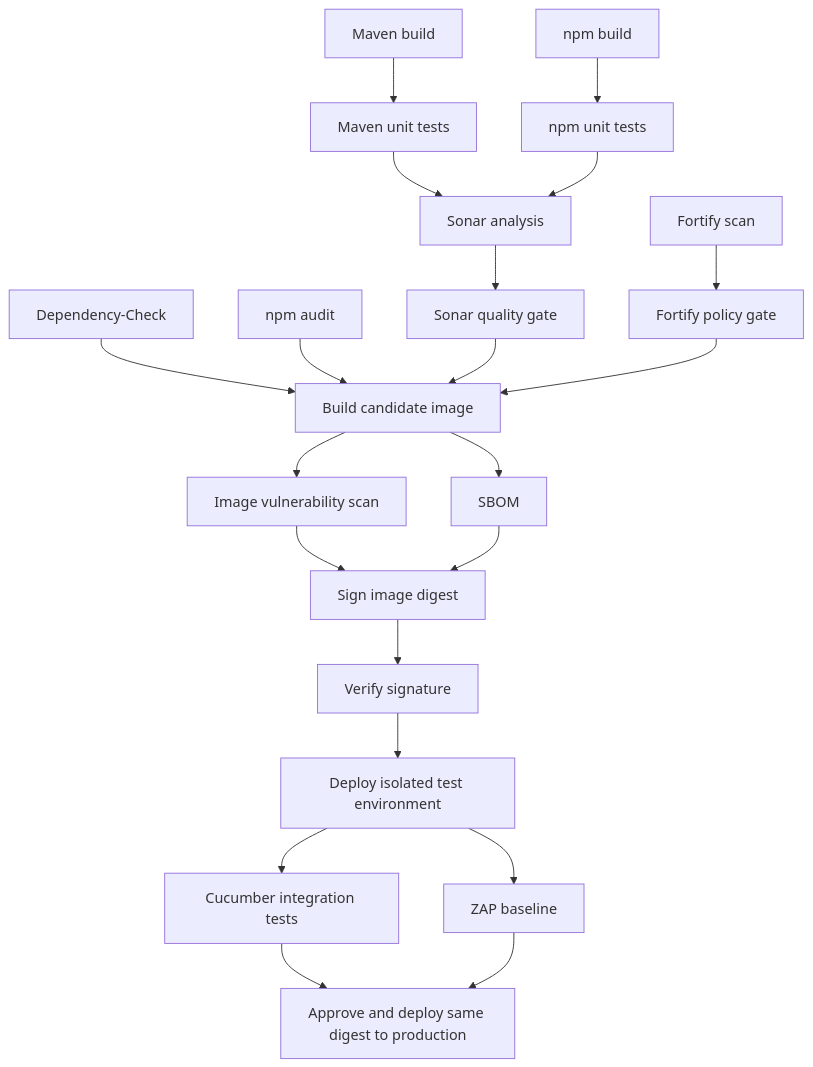
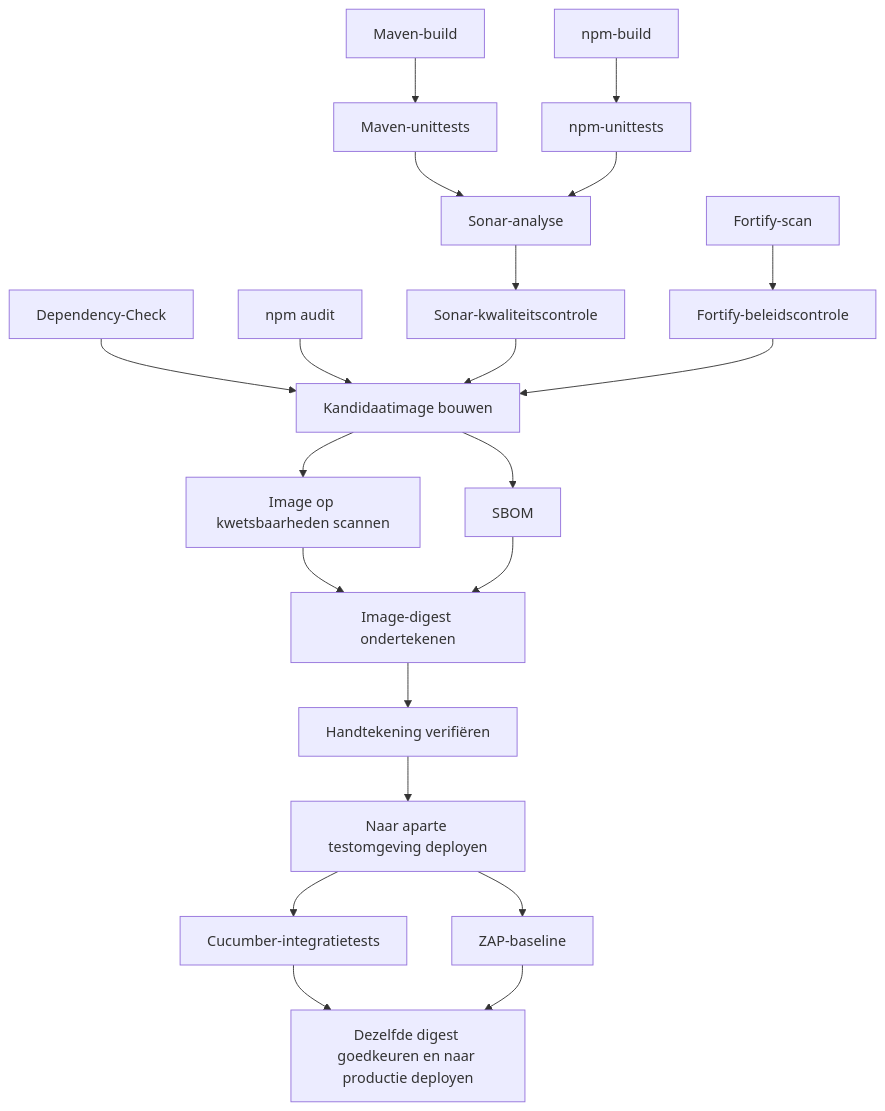
The diagram in docs/reference.md (woozer/ci-components), drawn with Mermaid before and after one commit. The commit also changed other lines of this file and 16 other files, not shown here.

````diff
--- a/docs/reference.md
+++ b/docs/reference.md
@@ -94,23 +96,23 @@
 ```mermaid
 flowchart TD
-  MB[Maven build] --> MT[Maven unit tests]
-  NB[npm build] --> NT[npm unit tests]
-  MT --> SS[Sonar analysis]
+  MB[Maven-build] --> MT[Maven-unittests]
+  NB[npm-build] --> NT[npm-unittests]
+  MT --> SS[Sonar-analyse]
   NT --> SS
-  SS --> SG[Sonar quality gate]
-  FS[Fortify scan] --> FG[Fortify policy gate]
-  DC[Dependency-Check] --> IB[Build candidate image]
+  SS --> SG[Sonar-kwaliteitscontrole]
+  FS[Fortify-scan] --> FG[Fortify-beleidscontrole]
+  DC[Dependency-Check] --> IB[Kandidaatimage bouwen]
   NA[npm audit] --> IB
   SG --> IB
   FG --> IB
-  IB --> IS[Image vulnerability scan]
+  IB --> IS[Image op kwetsbaarheden scannen]
   IB --> SB[SBOM]
-  IS --> SIGN[Sign image digest]
+  IS --> SIGN[Image-digest ondertekenen]
   SB --> SIGN
-  SIGN --> VERIFY[Verify signature]
-  VERIFY --> DEPLOY[Deploy isolated test environment]
-  DEPLOY --> CUC[Cucumber integration tests]
-  DEPLOY --> ZAP[ZAP baseline]
-  CUC --> PROD[Approve and deploy same digest to production]
+  SIGN --> VERIFY[Handtekening verifiëren]
+  VERIFY --> DEPLOY[Naar aparte testomgeving deployen]
+  DEPLOY --> CUC[Cucumber-integratietests]
+  DEPLOY --> ZAP[ZAP-baseline]
+  CUC --> PROD[Dezelfde digest goedkeuren en naar productie deployen]
   ZAP --> PROD
 ```
````
